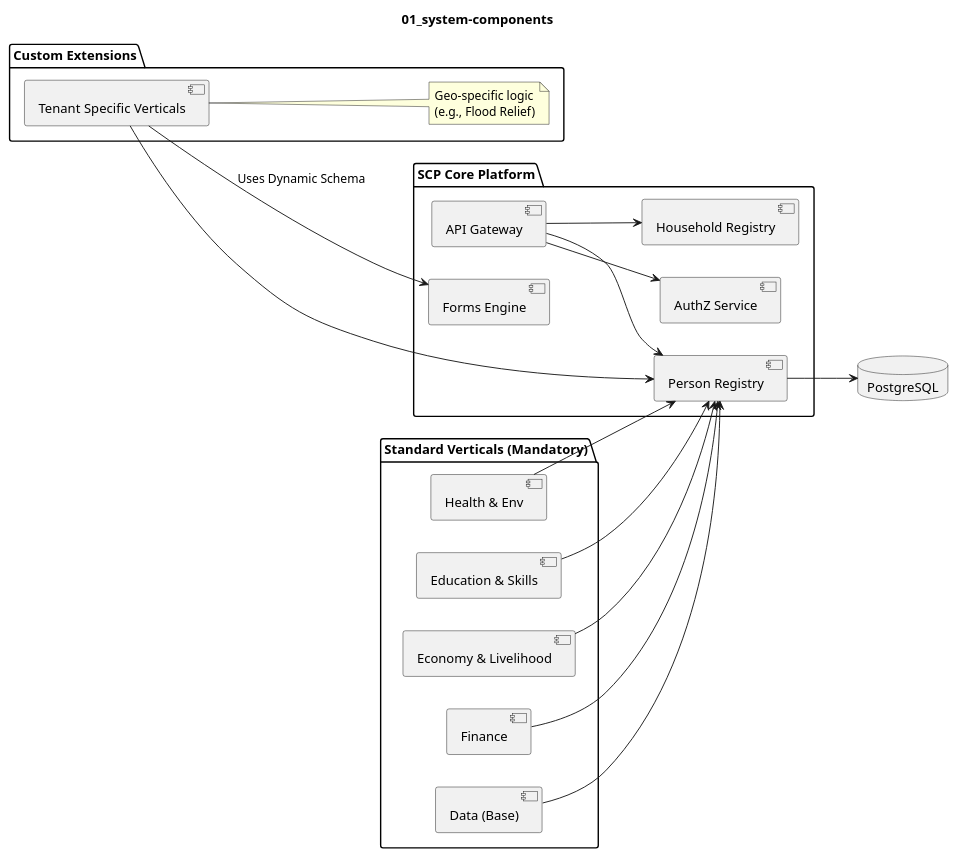
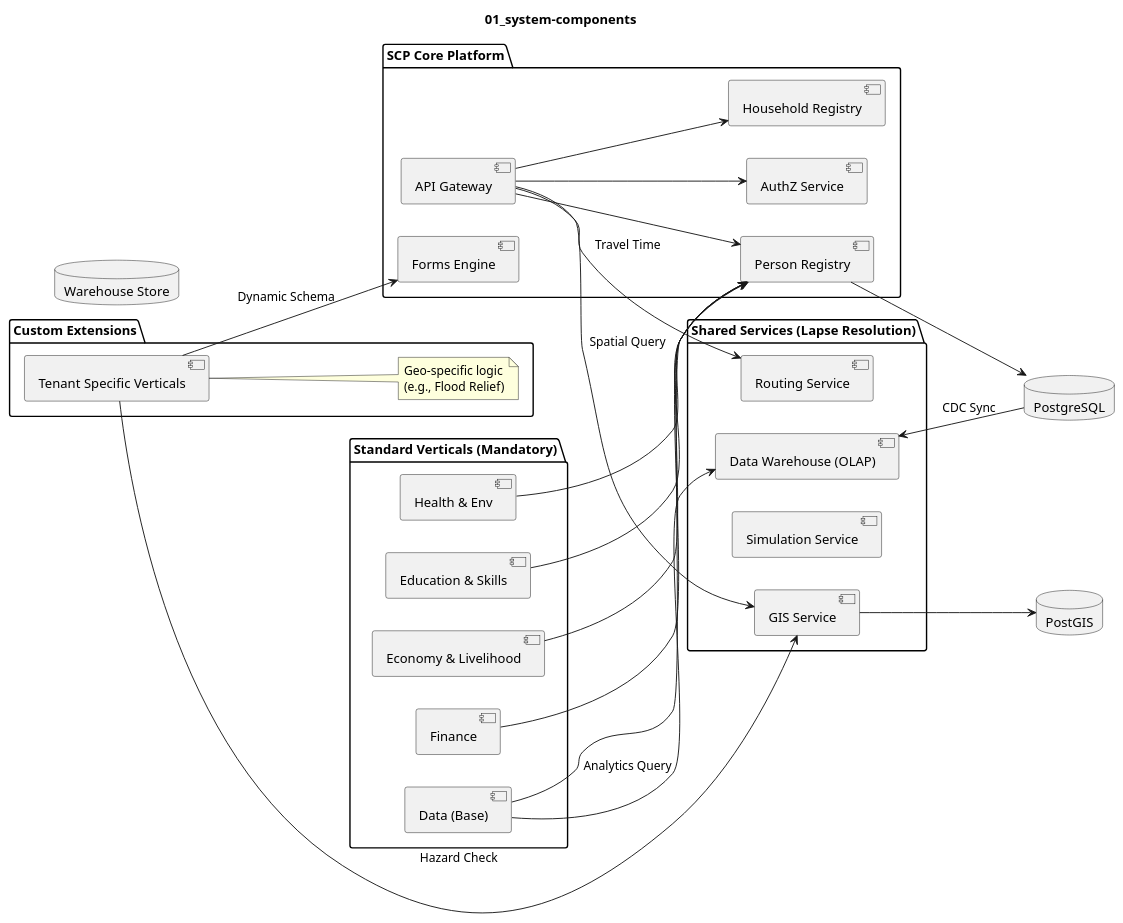
The diagram in UML/component/01_system-components.puml (nisalatp/scp-spec), drawn with PlantUML before and after one commit. The commit also changed 37 other files, not shown here.

```diff
--- a/UML/component/01_system-components.puml
+++ b/UML/component/01_system-components.puml
@@ -1,47 +1,63 @@
 @startuml
 title 01_system-components
 left to right direction
 
 package "SCP Core Platform" {
     component "API Gateway" as API
     component "AuthZ Service" as AuthZ
     component "Person Registry" as Person
     component "Household Registry" as Household
     component "Forms Engine" as Forms
 }
 
 package "Standard Verticals (Mandatory)" {
     component "Health & Env" as V_Health
     component "Education & Skills" as V_Edu
     component "Economy & Livelihood" as V_Econ
     component "Finance" as V_Fin
     component "Data (Base)" as V_Data
 }
 
 package "Custom Extensions" {
     component "Tenant Specific Verticals" as V_Custom
     note right of V_Custom
       Geo-specific logic
       (e.g., Flood Relief)
     end note
 }
 
+
+package "Shared Services (Lapse Resolution)" {
+    component "GIS Service" as GIS
+    component "Routing Service" as Route
+    component "Simulation Service" as Sim
+    component "Data Warehouse (OLAP)" as DW
+}
+
 database "PostgreSQL" as DB
+database "PostGIS" as DB_GIS
+database "Warehouse Store" as DB_OLAP
 
 API --> AuthZ
 API --> Person
 API --> Household
+API --> GIS : "Spatial Query"
+API --> Route : "Travel Time"
 
 ' Vertical Dependencies
 V_Health --> Person
 V_Edu --> Person
 V_Econ --> Person
 V_Fin --> Person
 V_Data --> Person
 
-V_Custom --> Forms : "Uses Dynamic Schema"
-V_Custom --> Person
+V_Custom --> Forms : "Dynamic Schema"
+V_Custom --> GIS : "Hazard Check"
 
+' Data Flow
 Person --> DB
+GIS --> DB_GIS
+DW <-- DB : "CDC Sync"
+V_Data --> DW : "Analytics Query"
 
 @enduml
```
